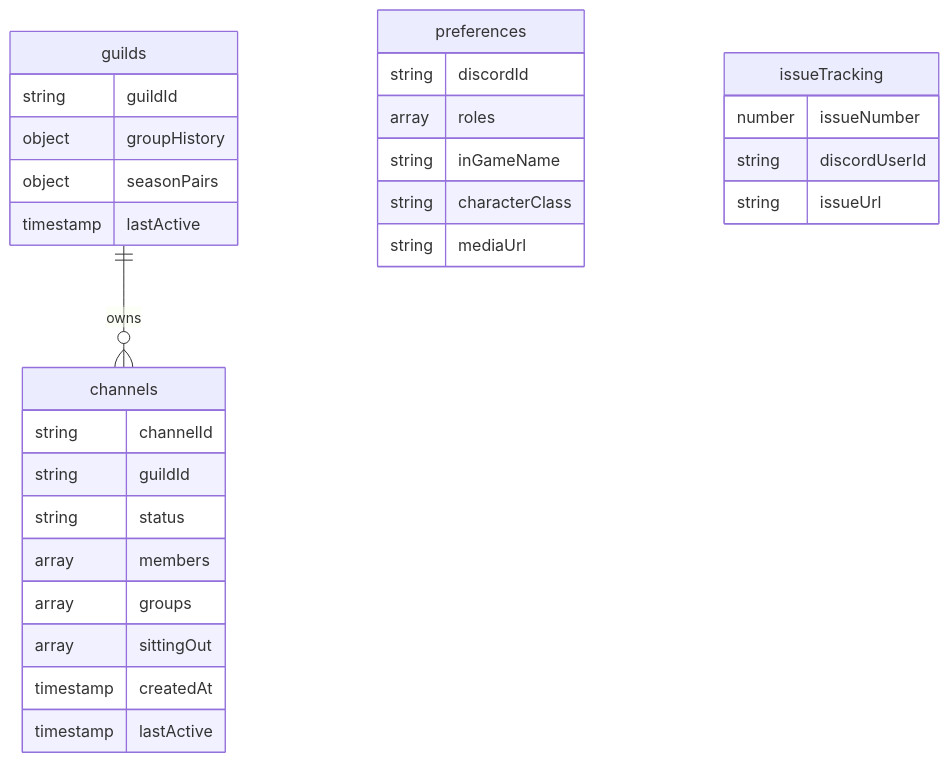
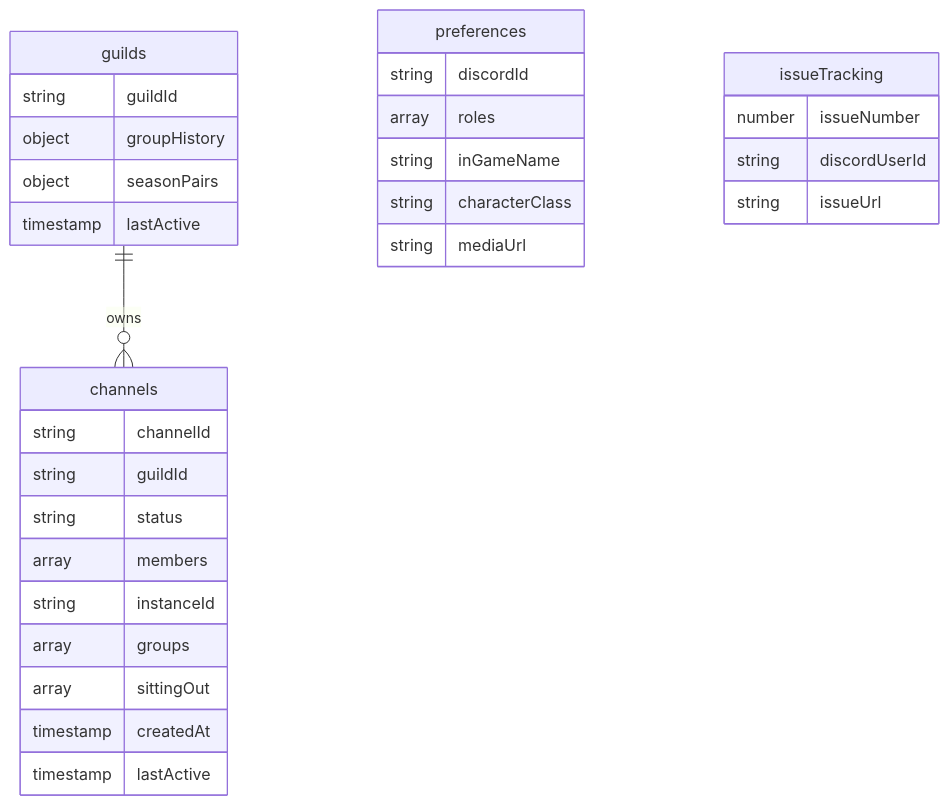
Before and after one commit to TytaniumDev/MythicPlusDiscordBot: the second of 5 diagrams in ARCHITECTURE.md, drawn with Mermaid. The commit also changed other lines of this file and 35 other files, not shown here.

````diff
--- a/ARCHITECTURE.md
+++ b/ARCHITECTURE.md
@@ -132,32 +133,33 @@
 ```mermaid
 erDiagram
     guilds ||--o{ channels : "owns"
     guilds {
         string guildId
         object groupHistory
         object seasonPairs
         timestamp lastActive
     }
     channels {
         string channelId
         string guildId
         string status
         array members
+        string instanceId
         array groups
         array sittingOut
         timestamp createdAt
         timestamp lastActive
     }
     preferences {
         string discordId
         array roles
         string inGameName
         string characterClass
         string mediaUrl
     }
     issueTracking {
         number issueNumber
         string discordUserId
         string issueUrl
     }
 ```
````
